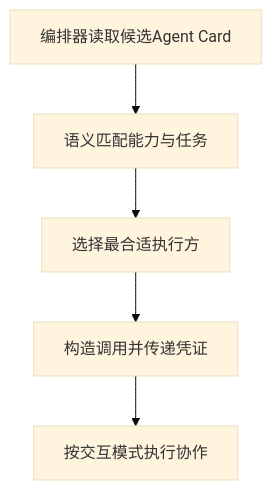
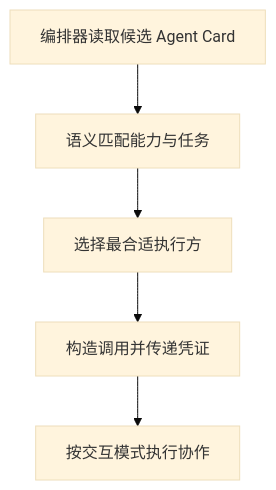
Before and after one commit to skkjkk/my-blog: the diagram in src/content/posts/A2A协议中的AgentCard及其作用.md, drawn with Mermaid (base theme). The commit also changed other lines of this file and 157 other files, not shown here.

````diff
--- a/src/content/posts/A2A协议中的AgentCard及其作用.md
+++ b/src/content/posts/A2A协议中的AgentCard及其作用.md
@@ -48,7 +42,7 @@
 ```mermaid
 flowchart TD
-  A[编排器读取候选Agent Card] --> B[语义匹配能力与任务]
+  A[编排器读取候选 Agent Card] --> B[语义匹配能力与任务]
   B --> C[选择最合适执行方]
   C --> D[构造调用并传递凭证]
   D --> E[按交互模式执行协作]
 ```
````
